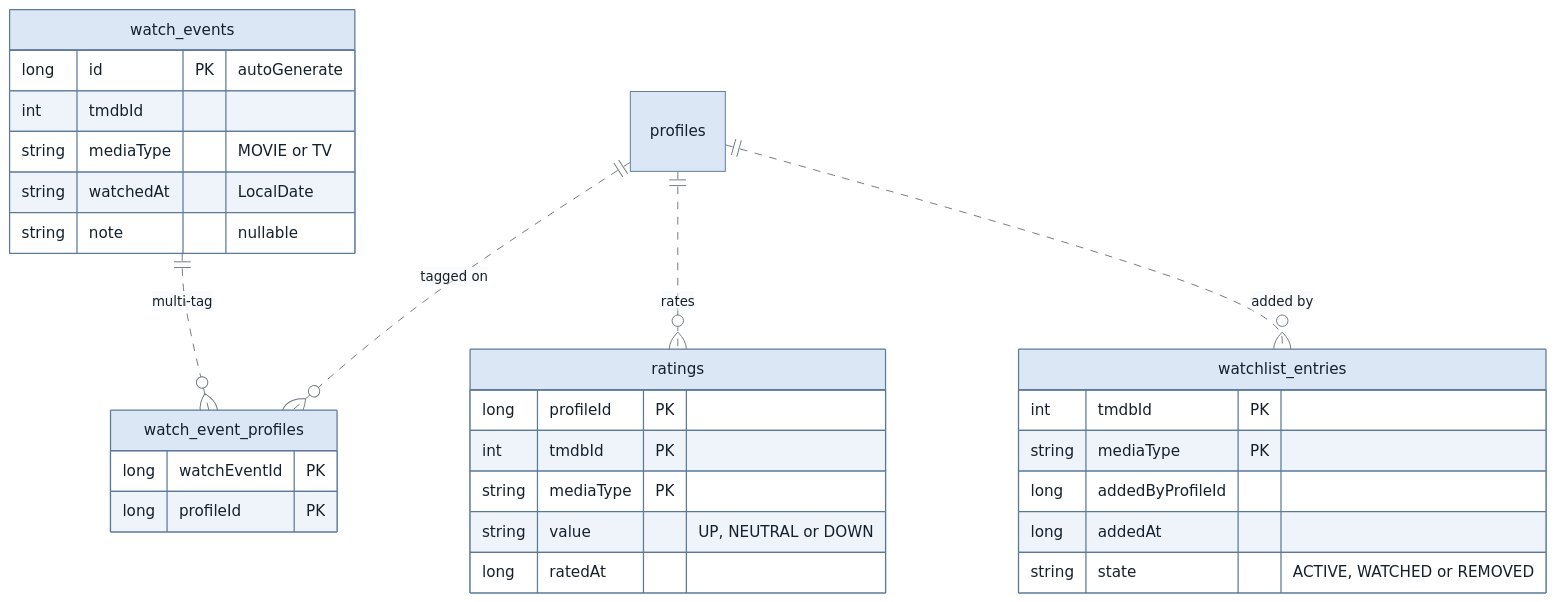
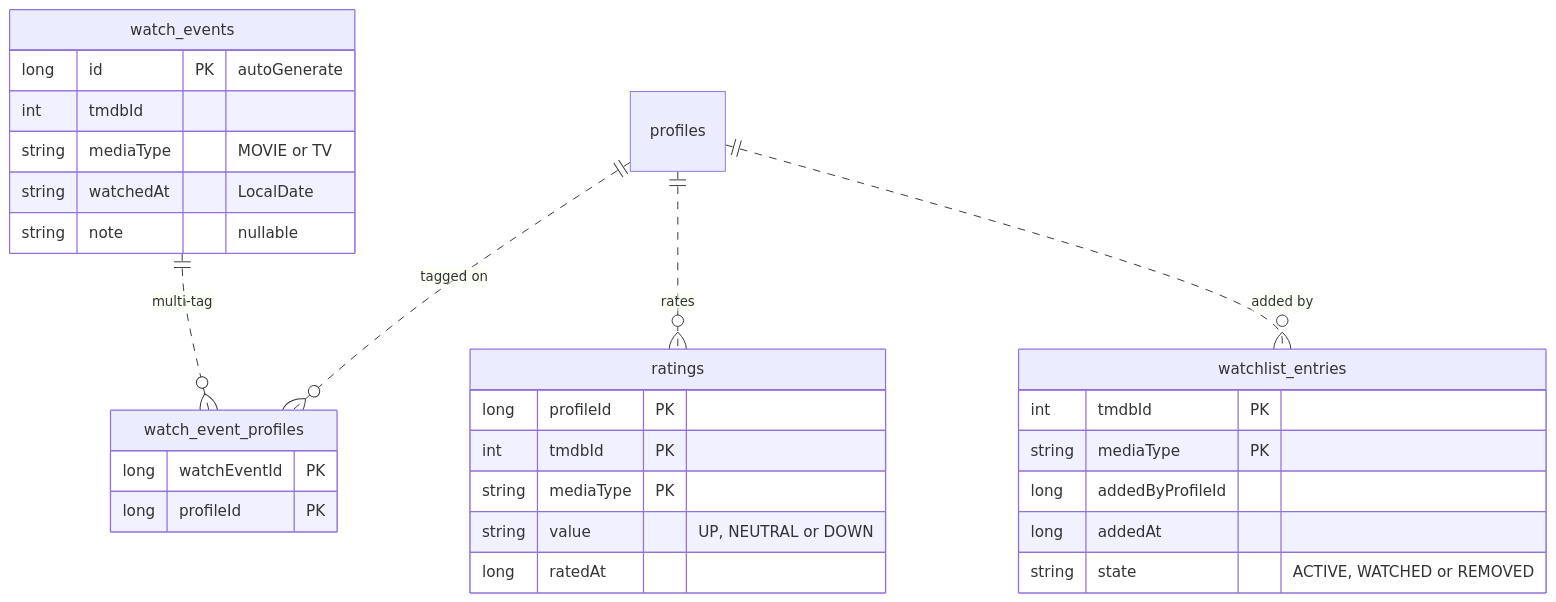
One commit to kevclark/familyWatchList changed the third of 10 diagrams in docs/ARCHITECTURE.md. Above: the diagram before and after it, drawn with Mermaid. The commit also changed other lines of this file, not shown here.

First line of the commit message:
docs: drop Mermaid init directive that broke GitHub rendering

````diff
--- a/docs/ARCHITECTURE.md
+++ b/docs/ARCHITECTURE.md
@@ -182,34 +180,33 @@
 ```mermaid
-%%{init: {'theme':'base','themeVariables':{'primaryColor':'#dbe7f5','primaryTextColor':'#15202b','primaryBorderColor':'#5b7a99','secondaryColor':'#eef2f6','tertiaryColor':'#f6f8fa','lineColor':'#6e7681','textColor':'#6e7681','attributeBackgroundColorOdd':'#f3f6fa','attributeBackgroundColorEven':'#e4ebf3','signalColor':'#6e7681','signalTextColor':'#6e7681','loopTextColor':'#6e7681','labelTextColor':'#15202b','actorLineColor':'#6e7681','noteBkgColor':'#fff5c2','noteTextColor':'#15202b','noteBorderColor':'#b59a2c','clusterBkg':'#eef2f6','clusterBorder':'#5b7a99'}}}%%
 erDiagram
     watch_events {
         long id PK "autoGenerate"
         int tmdbId
         string mediaType "MOVIE or TV"
         string watchedAt "LocalDate"
         string note "nullable"
     }
     watch_event_profiles {
         long watchEventId PK
         long profileId PK
     }
     ratings {
         long profileId PK
         int tmdbId PK
         string mediaType PK
         string value "UP, NEUTRAL or DOWN"
         long ratedAt
     }
     watchlist_entries {
         int tmdbId PK
         string mediaType PK
         long addedByProfileId
         long addedAt
         string state "ACTIVE, WATCHED or REMOVED"
     }
 
     profiles ||..o{ watch_event_profiles : "tagged on"
     watch_events ||..o{ watch_event_profiles : "multi-tag"
     profiles ||..o{ ratings : "rates"
     profiles ||..o{ watchlist_entries : "added by"
 ```
````
